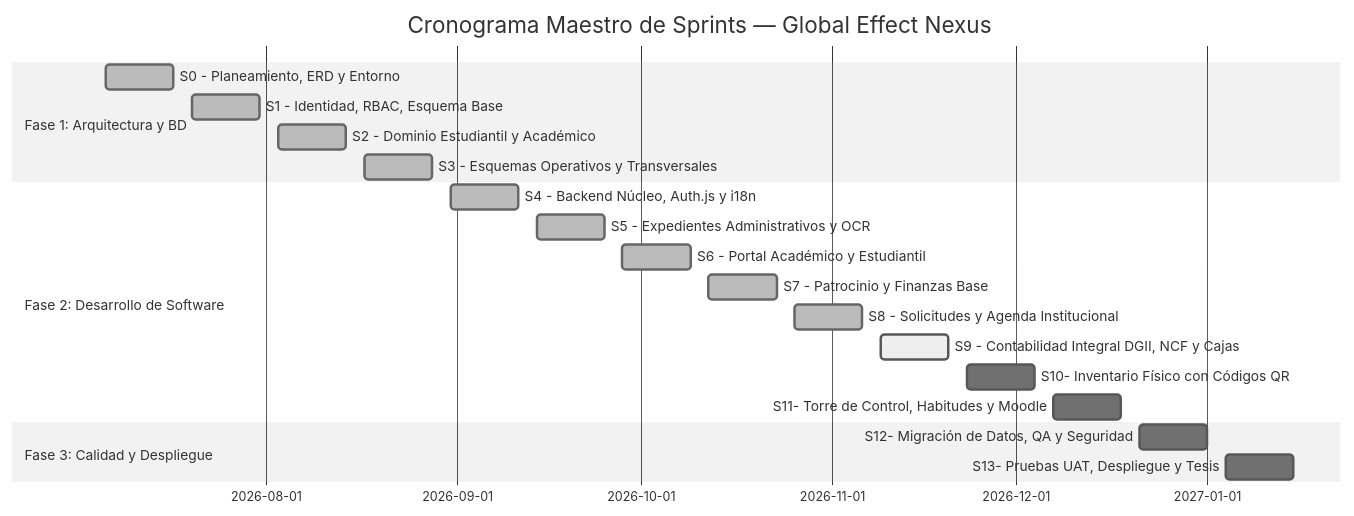
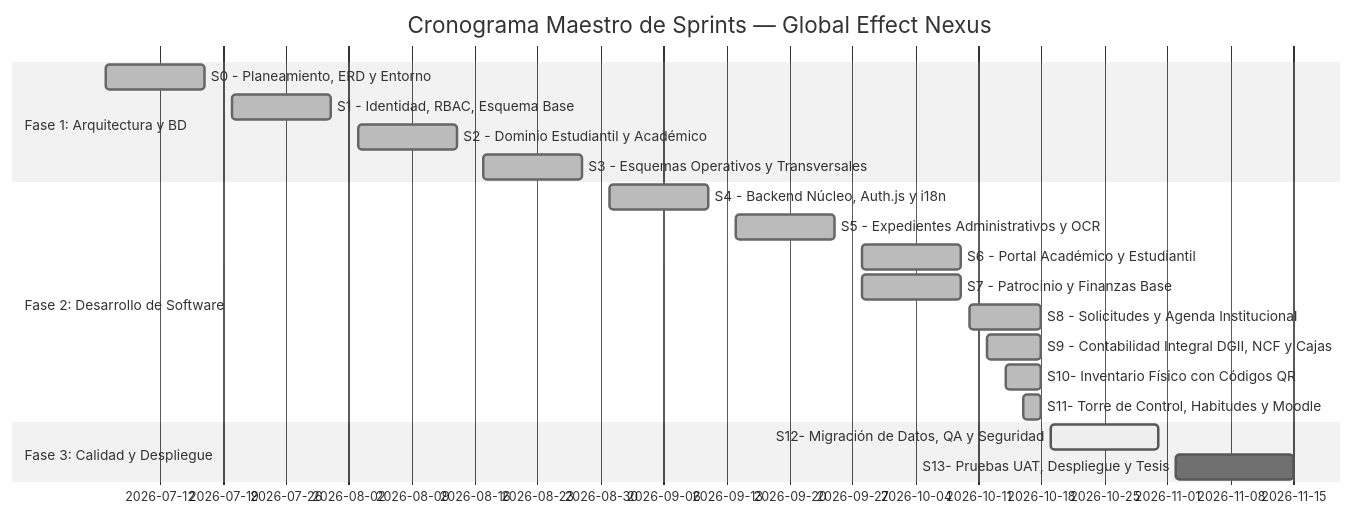
One commit to Dauris11/global-effect-nexus-v2 changed the first of 4 diagrams in docs/entregables/contexto-general.md. Above: the diagram before and after it, drawn with Mermaid (neutral theme). The commit also changed 9 other files, not shown here.

Commit message:
feat(contabilidad): reporte oficial dgii formato 607 y correccion de portal habitudes

````diff
--- a/docs/entregables/contexto-general.md
+++ b/docs/entregables/contexto-general.md
@@ -139,22 +139,22 @@
 ```mermaid
 gantt
     title Cronograma Maestro de Sprints — Global Effect Nexus
     dateFormat  YYYY-MM-DD
     section Fase 1: Arquitectura y BD
     S0 - Planeamiento, ERD y Entorno       :done, s0, 2026-07-06, 2026-07-17
     S1 - Identidad, RBAC, Esquema Base     :done, s1, 2026-07-20, 2026-07-31
     S2 - Dominio Estudiantil y Académico    :done, s2, 2026-08-03, 2026-08-14
     S3 - Esquemas Operativos y Transversales:done, s3, 2026-08-17, 2026-08-28
     section Fase 2: Desarrollo de Software
     S4 - Backend Núcleo, Auth.js y i18n   :done, s4, 2026-08-31, 2026-09-11
     S5 - Expedientes Administrativos y OCR :done, s5, 2026-09-14, 2026-09-25
     S6 - Portal Académico y Estudiantil    :done, s6, 2026-09-28, 2026-10-09
-    S7 - Patrocinio y Finanzas Base        :done, s7, 2026-10-12, 2026-10-23
-    S8 - Solicitudes y Agenda Institucional:done, s8, 2026-10-26, 2026-11-06
-    S9 - Contabilidad Integral DGII, NCF y Cajas:active, s9, 2026-11-09, 2026-11-20
-    S10- Inventario Físico con Códigos QR  :s10, 2026-11-23, 2026-12-04
-    S11- Torre de Control, Habitudes y Moodle:s11, 2026-12-07, 2026-12-18
+    S7 - Patrocinio y Finanzas Base        :done, s7, 2026-09-28, 2026-10-09
+    S8 - Solicitudes y Agenda Institucional:done, s8, 2026-10-10, 2026-10-18
+    S9 - Contabilidad Integral DGII, NCF y Cajas:done, s9, 2026-10-12, 2026-10-18
+    S10- Inventario Físico con Códigos QR  :done, s10, 2026-10-14, 2026-10-18
+    S11- Torre de Control, Habitudes y Moodle:done, s11, 2026-10-16, 2026-10-18
     section Fase 3: Calidad y Despliegue
-    S12- Migración de Datos, QA y Seguridad :s12, 2026-12-21, 2027-01-01
-    S13- Pruebas UAT, Despliegue y Tesis    :s13, 2027-01-04, 2027-01-15
+    S12- Migración de Datos, QA y Seguridad :active, s12, 2026-10-19, 2026-10-31
+    S13- Pruebas UAT, Despliegue y Tesis    :s13, 2026-11-02, 2026-11-15
 ```
````
